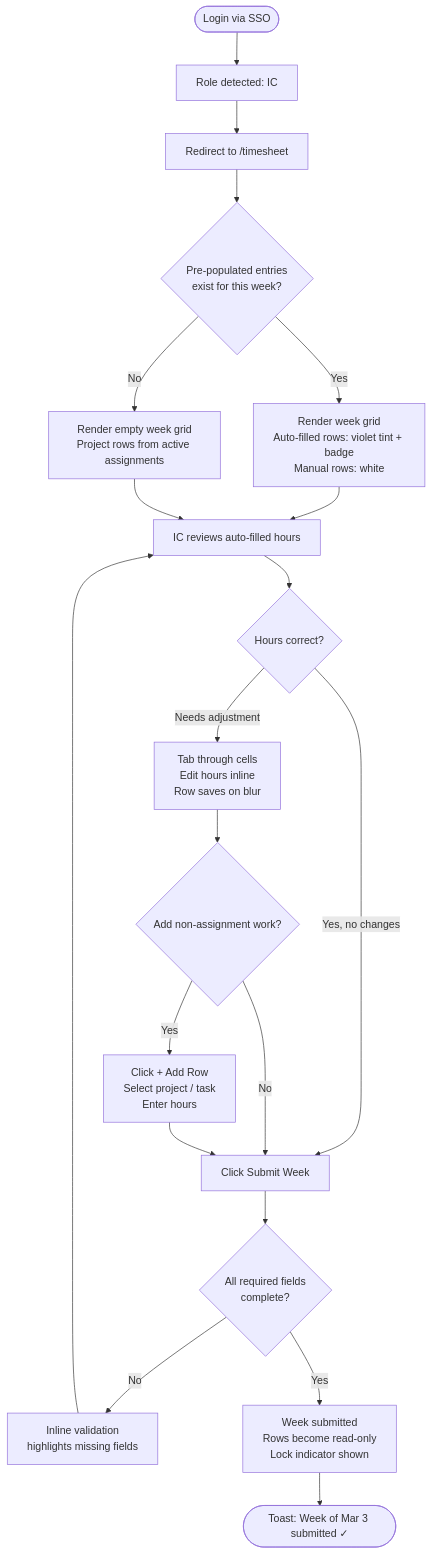
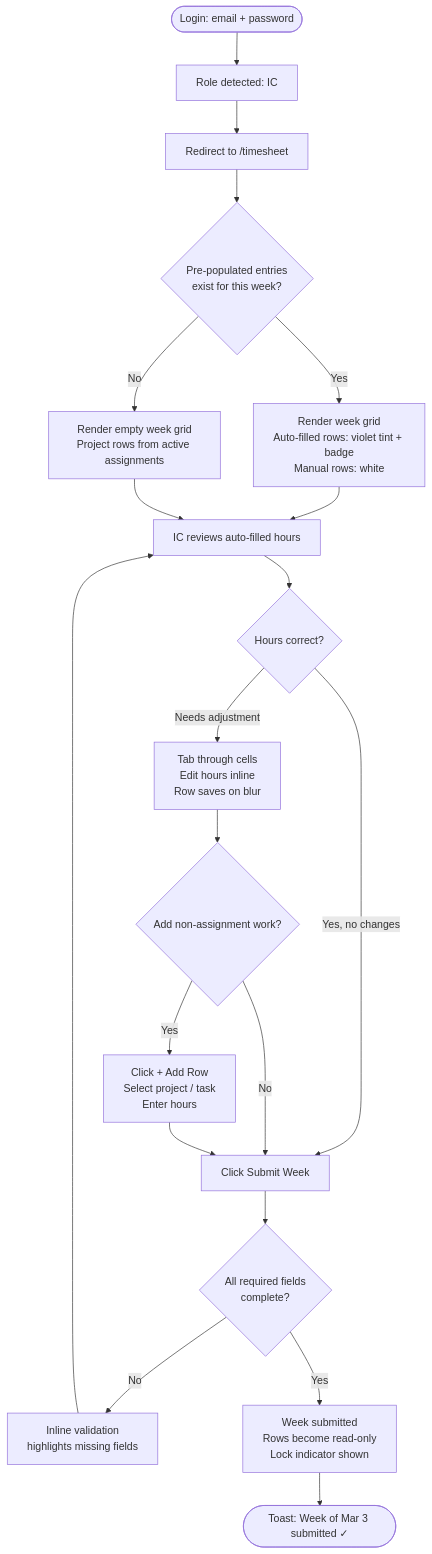
The first of 4 diagrams in _bmad-output/planning-artifacts/ux-design-specification.md (eacargile1/C2E-MIS-321-GP2), drawn with Mermaid before and after one commit. The commit also changed other lines of this file and 3251 other files, not shown here.

````diff
--- a/_bmad-output/planning-artifacts/ux-design-specification.md
+++ b/_bmad-output/planning-artifacts/ux-design-specification.md
@@ -477,22 +477,22 @@
 ```mermaid
 flowchart TD
-    A([Login via SSO]) --> B[Role detected: IC]
+    A([Login: email + password]) --> B[Role detected: IC]
     B --> C[Redirect to /timesheet]
     C --> D{Pre-populated entries\nexist for this week?}
     D -- Yes --> E[Render week grid\nAuto-filled rows: violet tint + badge\nManual rows: white]
     D -- No --> F[Render empty week grid\nProject rows from active assignments]
     E --> G[IC reviews auto-filled hours]
     F --> G
     G --> H{Hours correct?}
     H -- Yes, no changes --> I[Click Submit Week]
     H -- Needs adjustment --> J[Tab through cells\nEdit hours inline\nRow saves on blur]
     J --> K{Add non-assignment work?}
     K -- Yes --> L[Click + Add Row\nSelect project / task\nEnter hours]
     K -- No --> I
     L --> I
     I --> M{All required fields\ncomplete?}
     M -- No --> N[Inline validation\nhighlights missing fields]
     N --> G
     M -- Yes --> O[Week submitted\nRows become read-only\nLock indicator shown]
     O --> P([Toast: Week of Mar 3 submitted ✓])
 ```
````
